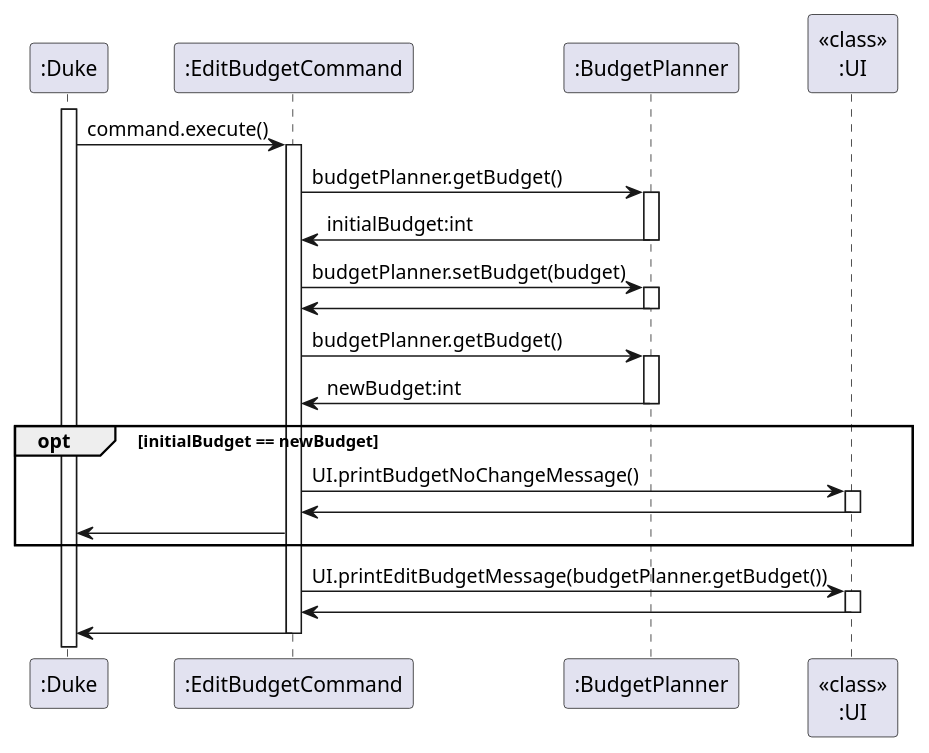
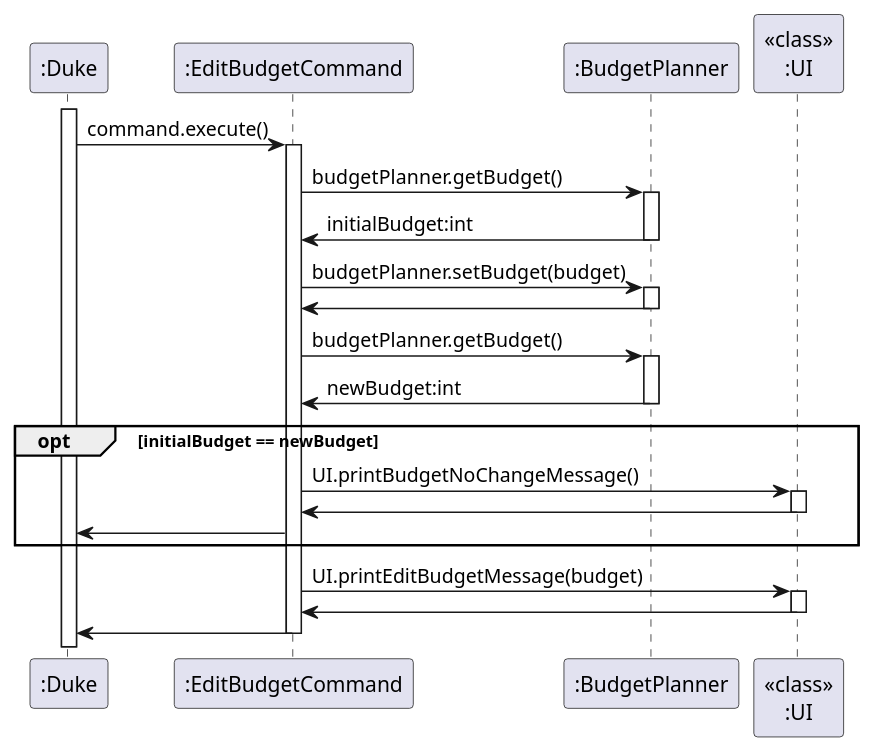
The diagram in docs/diagrams/budget/EditBudgetCommand.puml (nus-cs2113-AY2223S2/tp), drawn with PlantUML before and after one commit. The commit also changed 1 other file, not shown here.

Commit message:
Update command and its sequence diagram

```diff
--- a/docs/diagrams/budget/EditBudgetCommand.puml
+++ b/docs/diagrams/budget/EditBudgetCommand.puml
@@ -1,31 +1,31 @@
 @startuml
 'https://plantuml.com/sequence-diagram
 activate ":Duke"
 ":Duke" -> ":EditBudgetCommand" : command.execute()
 activate ":EditBudgetCommand"
 ":EditBudgetCommand" -> ":BudgetPlanner" : budgetPlanner.getBudget()
 activate ":BudgetPlanner"
 ":EditBudgetCommand" <- ":BudgetPlanner" : initialBudget:int
 deactivate ":BudgetPlanner"
 ":EditBudgetCommand" -> ":BudgetPlanner" : budgetPlanner.setBudget(budget)
 activate ":BudgetPlanner"
 ":EditBudgetCommand" <- ":BudgetPlanner"
 deactivate ":BudgetPlanner"
 ":EditBudgetCommand" -> ":BudgetPlanner" : budgetPlanner.getBudget()
 activate ":BudgetPlanner"
 ":EditBudgetCommand" <- ":BudgetPlanner" : newBudget:int
 deactivate ":BudgetPlanner"
 opt initialBudget == newBudget
 ":EditBudgetCommand" -> "<<class>>\n:UI" : UI.printBudgetNoChangeMessage()
 activate "<<class>>\n:UI"
 ":EditBudgetCommand" <- "<<class>>\n:UI"
 deactivate "<<class>>\n:UI"
 ":EditBudgetCommand" -> ":Duke"
 end
-":EditBudgetCommand" -> "<<class>>\n:UI" : UI.printEditBudgetMessage(budgetPlanner.getBudget())
+":EditBudgetCommand" -> "<<class>>\n:UI" : UI.printEditBudgetMessage(budget)
 activate "<<class>>\n:UI"
 ":EditBudgetCommand" <- "<<class>>\n:UI"
 deactivate "<<class>>\n:UI"
 ":EditBudgetCommand" -> ":Duke"
 deactivate ":EditBudgetCommand"
 @enduml
```
